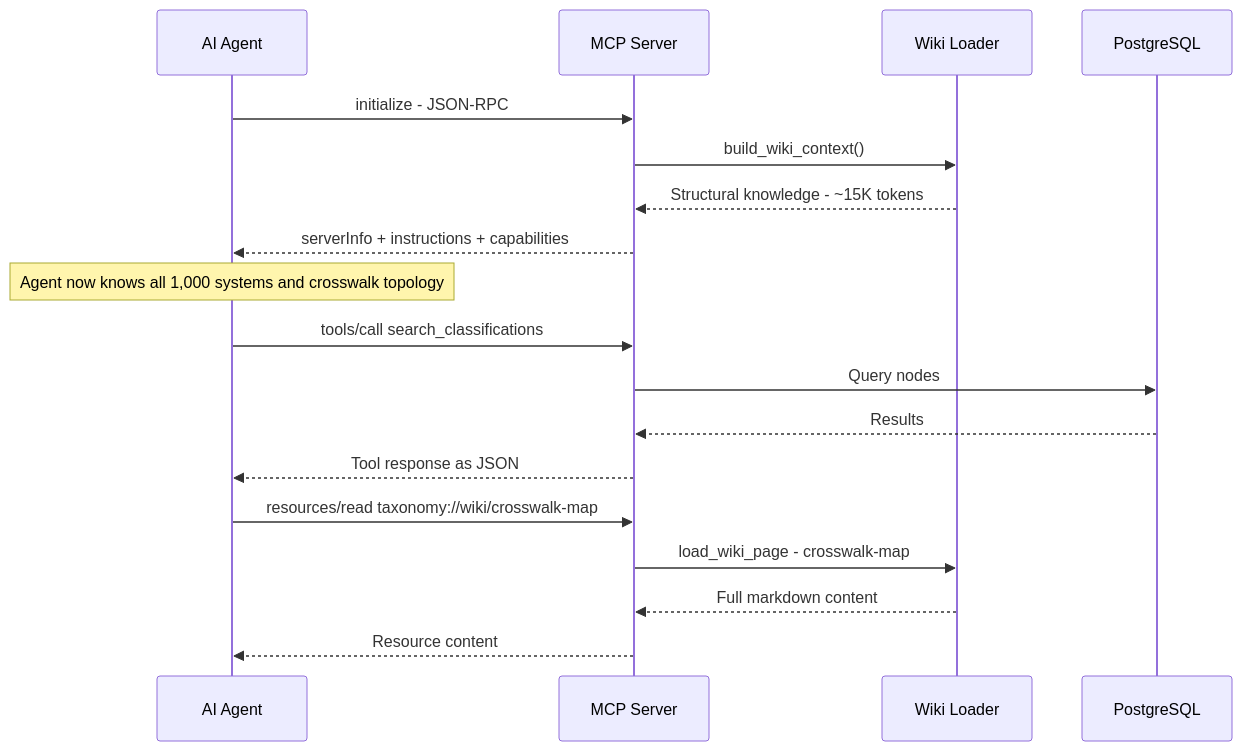
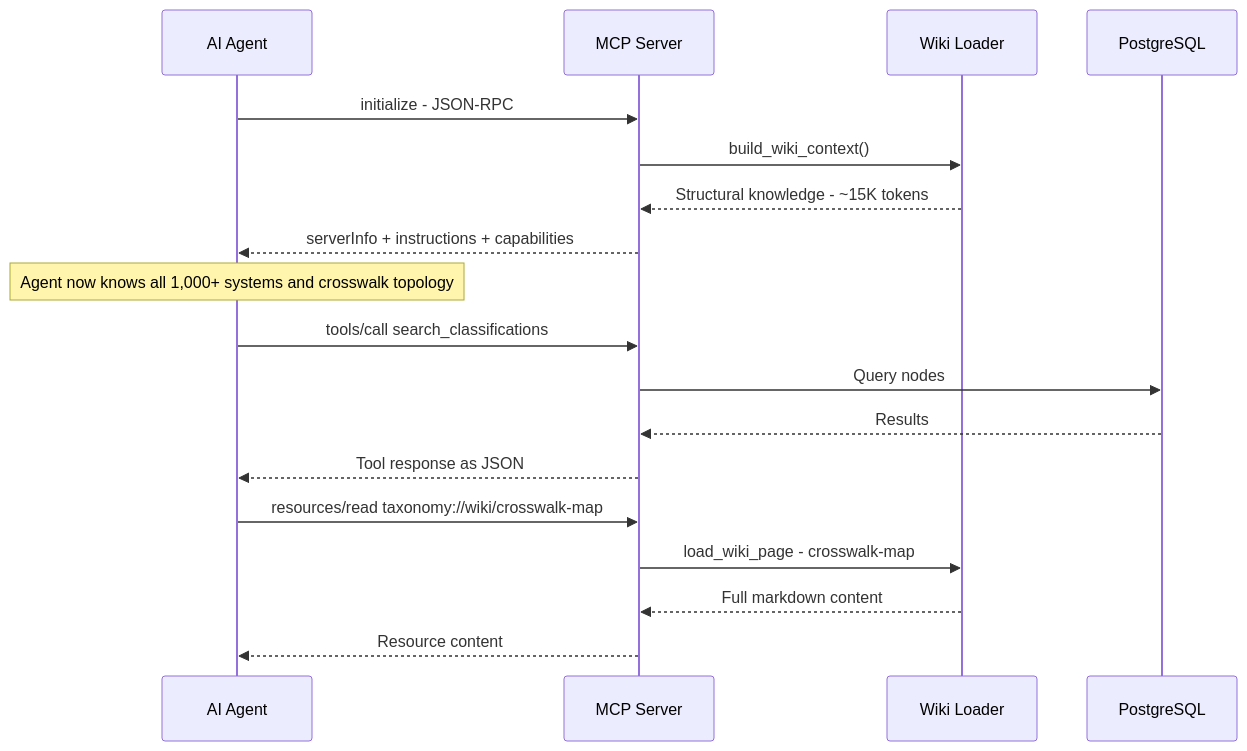
The fifth of 6 diagrams in wiki/architecture.md (colaberry/WorldOfTaxonomy), drawn with Mermaid before and after one commit. The commit also changed other lines of this file and 50 other files, not shown here.

````diff
--- a/wiki/architecture.md
+++ b/wiki/architecture.md
@@ -154,21 +154,21 @@
 ```mermaid
 sequenceDiagram
   participant AI as AI Agent
   participant MCP as MCP Server
   participant WIKI as Wiki Loader
   participant DB as PostgreSQL
 
   AI->>MCP: initialize - JSON-RPC
   MCP->>WIKI: build_wiki_context()
   WIKI-->>MCP: Structural knowledge - ~15K tokens
   MCP-->>AI: serverInfo + instructions + capabilities
-  Note over AI: Agent now knows all 1,000 systems and crosswalk topology
+  Note over AI: Agent now knows all 1,000+ systems and crosswalk topology
   AI->>MCP: tools/call search_classifications
   MCP->>DB: Query nodes
   DB-->>MCP: Results
   MCP-->>AI: Tool response as JSON
   AI->>MCP: resources/read taxonomy://wiki/crosswalk-map
   MCP->>WIKI: load_wiki_page - crosswalk-map
   WIKI-->>MCP: Full markdown content
   MCP-->>AI: Resource content
 ```
````
